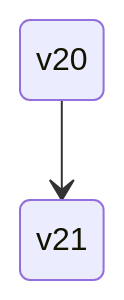
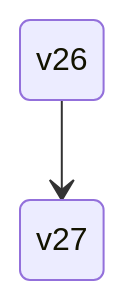
One commit to awchjimmy/twms-client-download changed the third of 3 diagrams in experimental/dependency-graph.md. Above: the diagram before and after it, drawn with Mermaid. The commit also changed other lines of this file, not shown here.

````diff
--- a/experimental/dependency-graph.md
+++ b/experimental/dependency-graph.md
@@ -17,4 +29,4 @@
 ```mermaid
 stateDiagram-v2
-    v20 --> v21
+    v26 --> v27
 ```
````
